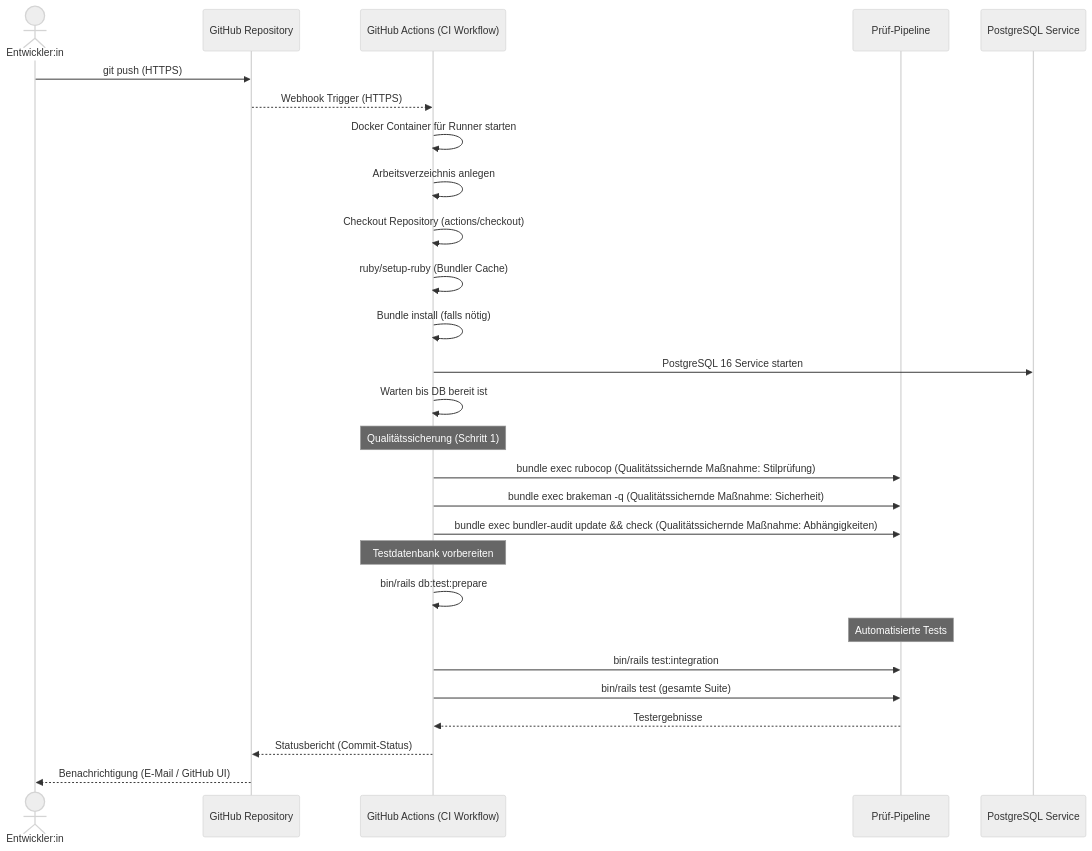
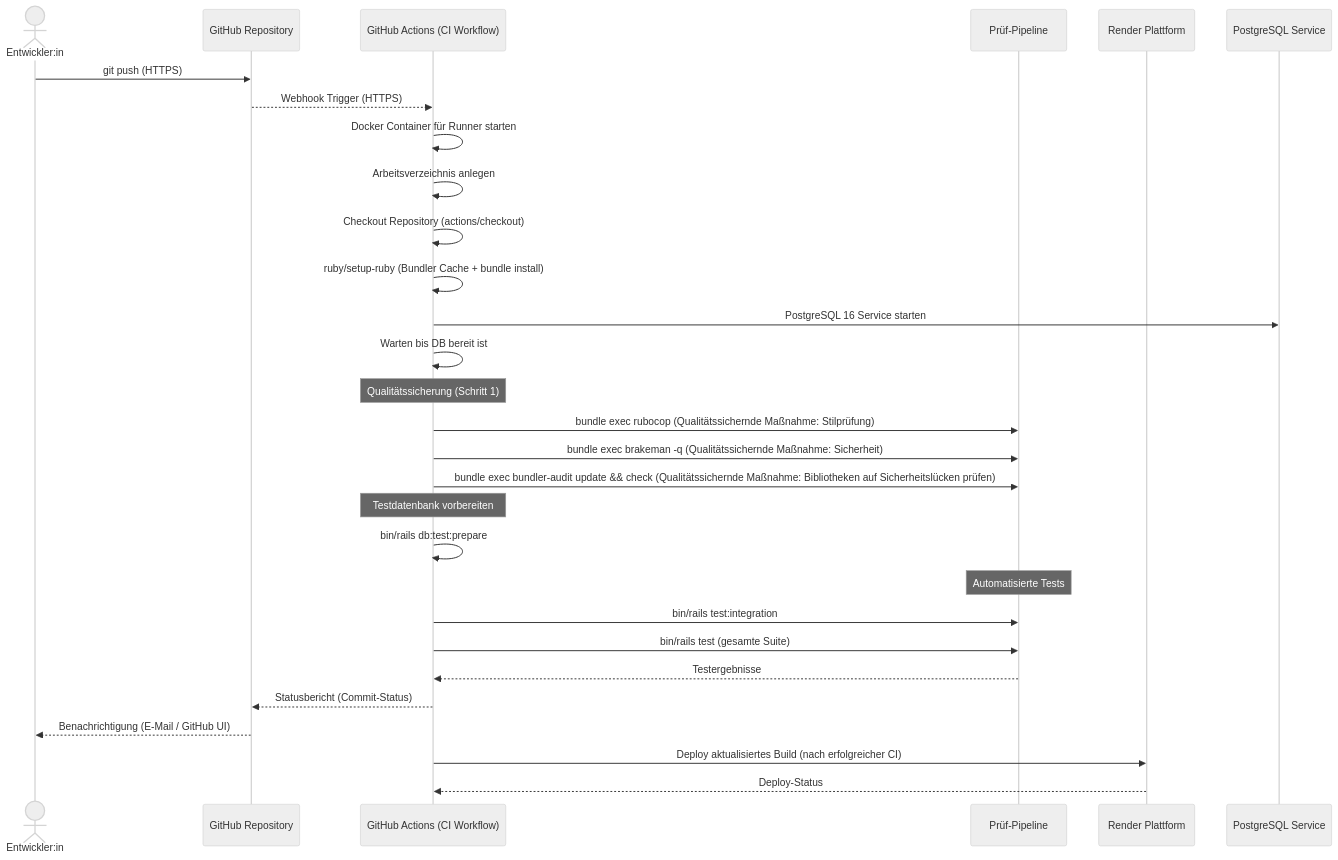
The diagram in docs/pipeline_sequence.md (nerminitech/BrainBuster), drawn with Mermaid (neutral theme) before and after one commit. The commit also changed other lines of this file and 5 other files, not shown here.

Commit message:
add: pipeline diagramm

````diff
--- a/docs/pipeline_sequence.md
+++ b/docs/pipeline_sequence.md
@@ -3,35 +3,37 @@
 ```mermaid
 sequenceDiagram
     actor Dev as Entwickler:in
     participant Repo as GitHub Repository
     participant CI as GitHub Actions (CI Workflow)
     participant QA as Prüf-Pipeline
+    participant Render as Render Plattform
     participant DB as PostgreSQL Service
 
     Dev->>Repo: git push (HTTPS)
     Repo-->>CI: Webhook Trigger (HTTPS)
 
     CI->>CI: Docker Container für Runner starten
     CI->>CI: Arbeitsverzeichnis anlegen
     CI->>CI: Checkout Repository (actions/checkout)
-    CI->>CI: ruby/setup-ruby (Bundler Cache)
-    CI->>CI: Bundle install (falls nötig)
+    CI->>CI: ruby/setup-ruby (Bundler Cache + bundle install)
     CI->>DB: PostgreSQL 16 Service starten
     CI->>CI: Warten bis DB bereit ist
 
     Note over CI: Qualitätssicherung (Schritt 1)
     CI->>QA: bundle exec rubocop (Qualitätssichernde Maßnahme: Stilprüfung)
     CI->>QA: bundle exec brakeman -q (Qualitätssichernde Maßnahme: Sicherheit)
-    CI->>QA: bundle exec bundler-audit update && check (Qualitätssichernde Maßnahme: Abhängigkeiten)
+    CI->>QA: bundle exec bundler-audit update && check (Qualitätssichernde Maßnahme: Bibliotheken auf Sicherheitslücken prüfen)
 
     Note over CI: Testdatenbank vorbereiten
     CI->>CI:  bin/rails db:test:prepare
 
     Note over QA: Automatisierte Tests
     CI->>QA: bin/rails test:integration
     CI->>QA: bin/rails test (gesamte Suite)
 
     QA-->>CI: Testergebnisse
     CI-->>Repo: Statusbericht (Commit-Status)
     Repo-->>Dev: Benachrichtigung (E-Mail / GitHub UI)
+    CI->>Render: Deploy aktualisiertes Build (nach erfolgreicher CI)
+    Render-->>CI: Deploy-Status
 ```
````
